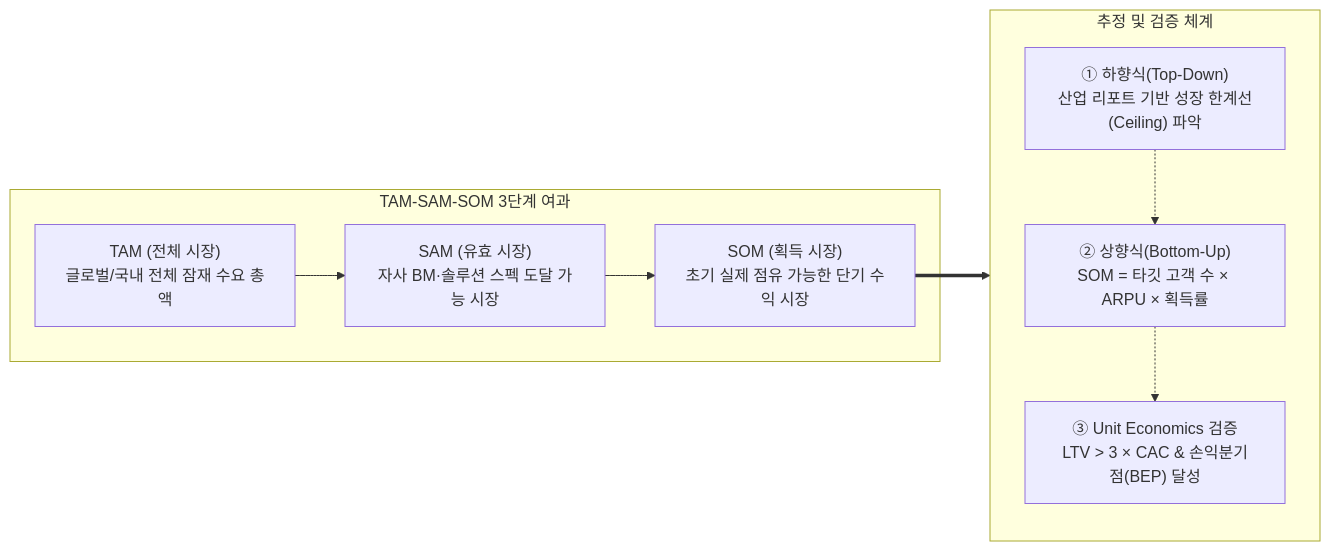
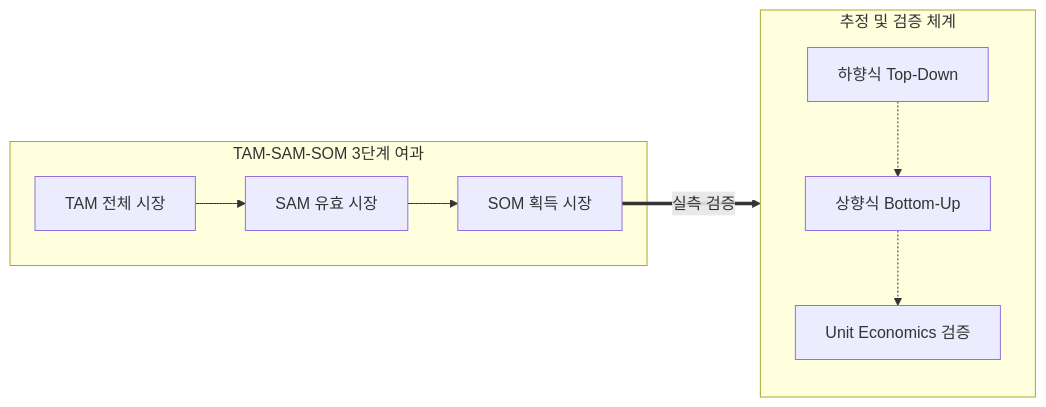
The first of 2 diagrams in src/content/docs/notes/itpe/01-it-strategy/089_tam_sam_som.md (agnusdei1207/study), drawn with Mermaid before and after one commit. The commit also changed other lines of this file and 18 other files, not shown here.

````diff
--- a/src/content/docs/notes/itpe/01-it-strategy/089_tam_sam_som.md
+++ b/src/content/docs/notes/itpe/01-it-strategy/089_tam_sam_som.md
@@ -61,16 +60,10 @@
 ```mermaid
 flowchart LR
     subgraph MARKET["TAM-SAM-SOM 3단계 여과"]
-        TAM["TAM (전체 시장)<br/>글로벌/국내 전체 잠재 수요 총액"]
-        SAM["SAM (유효 시장)<br/>자사 BM·솔루션 스펙 도달 가능 시장"]
-        SOM["SOM (획득 시장)<br/>초기 실제 점유 가능한 단기 수익 시장"]
-        TAM --> SAM --> SOM
+        TAM["TAM 전체 시장"] --> SAM["SAM 유효 시장"] --> SOM["SOM 획득 시장"]
     end
     subgraph VALIDATION["추정 및 검증 체계"]
-        TD["① 하향식(Top-Down)<br/>산업 리포트 기반 성장 한계선(Ceiling) 파악"]
-        BU["② 상향식(Bottom-Up)<br/>SOM = 타깃 고객 수 × ARPU × 획득률"]
-        UE["③ Unit Economics 검증<br/>LTV > 3 × CAC & 손익분기점(BEP) 달성"]
-        TD -.-> BU -.-> UE
+        TD["하향식 Top-Down"] -.-> BU["상향식 Bottom-Up"] -.-> UE["Unit Economics 검증"]
     end
-    SOM ==> VALIDATION
+    SOM ==>|실측 검증| VALIDATION
 ```
````
